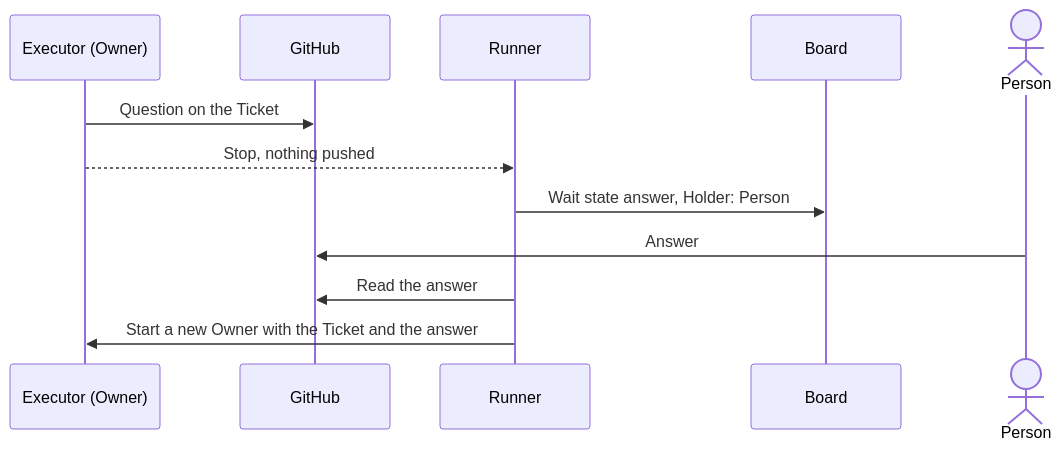
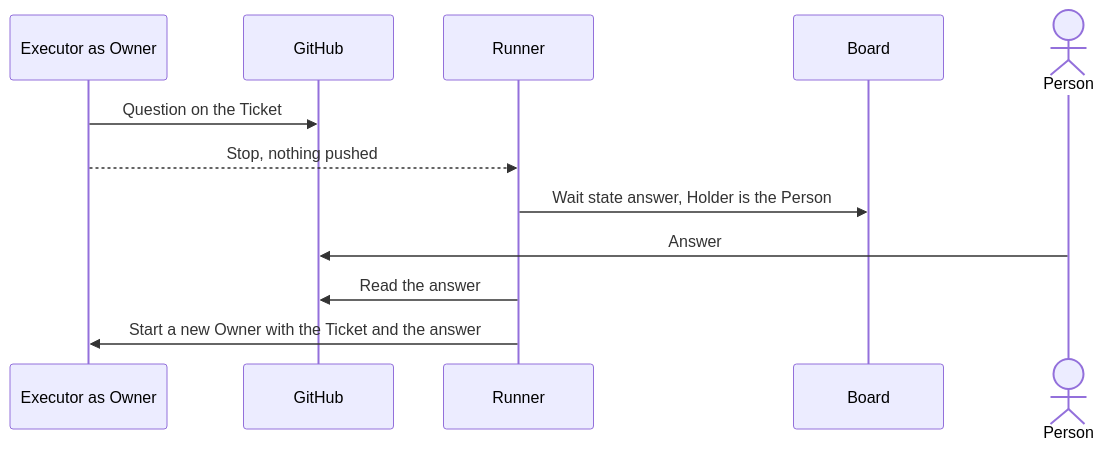
The fifth of 7 diagrams in docs/design/development-pipeline.md (maro114510/skills), drawn with Mermaid before and after one commit. The commit also changed other lines of this file and 2 other files, not shown here.

First line of the commit message:
docs(design): restate the pipeline design and ADR as tables and diagrams

````diff
--- a/docs/design/development-pipeline.md
+++ b/docs/design/development-pipeline.md
@@ -103,14 +154,14 @@
 ```mermaid
 sequenceDiagram
-    participant O as Executor (Owner)
+    participant O as Executor as Owner
     participant G as GitHub
     participant R as Runner
     participant B as Board
     actor P as Person
     O->>G: Question on the Ticket
     O-->>R: Stop, nothing pushed
-    R->>B: Wait state answer, Holder: Person
+    R->>B: Wait state answer, Holder is the Person
     P->>G: Answer
     R->>G: Read the answer
     R->>O: Start a new Owner with the Ticket and the answer
 ```
````
